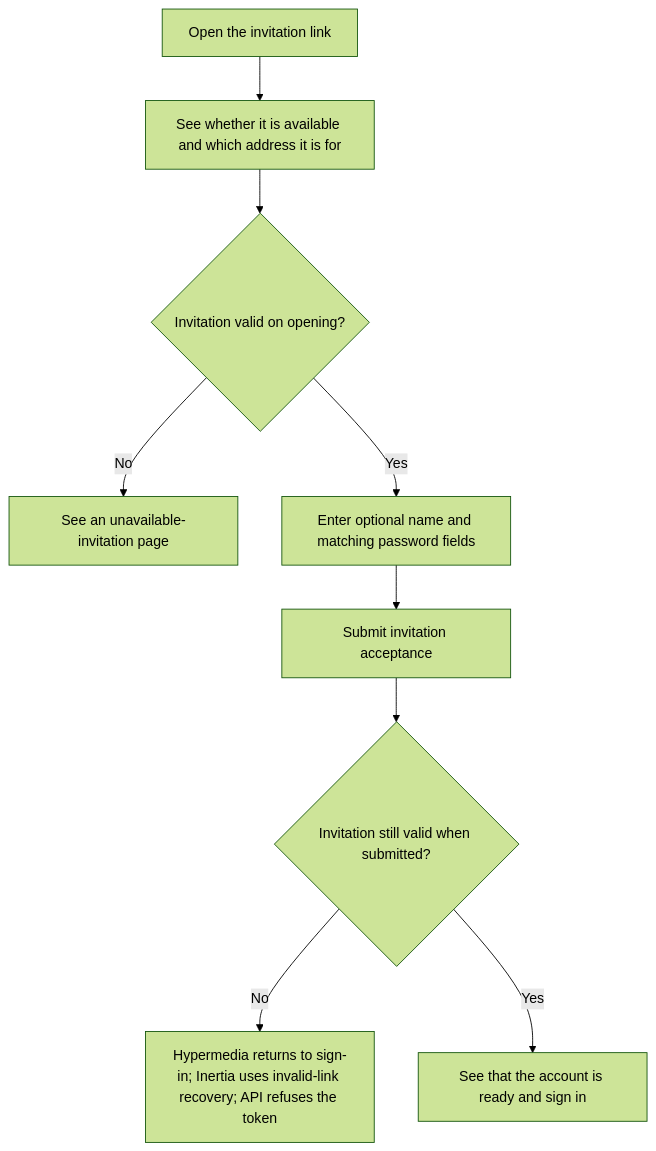
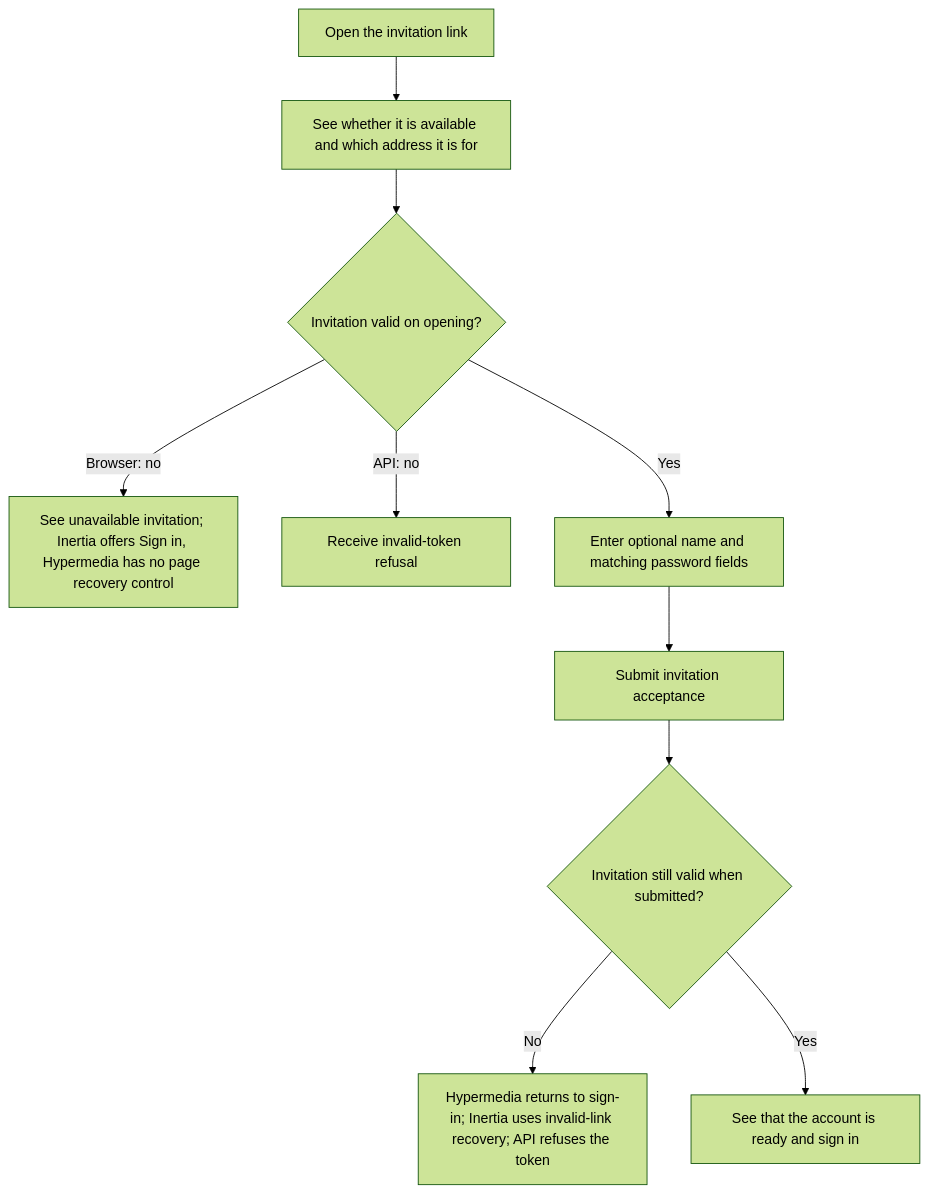
One commit to Kevinjohn/oss-adonisjs-starter-examples changed the first of 2 diagrams in user-stories/teams/us-team-05-accept-invitation.md. Above: the diagram before and after it, drawn with Mermaid (forest theme). The commit also changed other lines of this file and 22 other files, not shown here.

Commit message:
docs: reconcile browser recovery and protected journeys

````diff
--- a/user-stories/teams/us-team-05-accept-invitation.md
+++ b/user-stories/teams/us-team-05-accept-invitation.md
@@ -28,11 +31,12 @@
 ```mermaid
 flowchart TD
     A["Open the invitation link"] --> B["See whether it is available and which address it is for"]
     B --> C{"Invitation valid on opening?"}
-    C -->|No| D["See an unavailable-invitation page"]
+    C -->|Browser: no| D["See unavailable invitation; Inertia offers Sign in, Hypermedia has no page recovery control"]
+    C -->|API: no| K["Receive invalid-token refusal"]
     C -->|Yes| E["Enter optional name and matching password fields"]
     E --> F["Submit invitation acceptance"]
     F --> G{"Invitation still valid when submitted?"}
     G -->|No| H["Hypermedia returns to sign-in; Inertia uses invalid-link recovery; API refuses the token"]
     G -->|Yes| I["See that the account is ready and sign in"]
 ```
````
